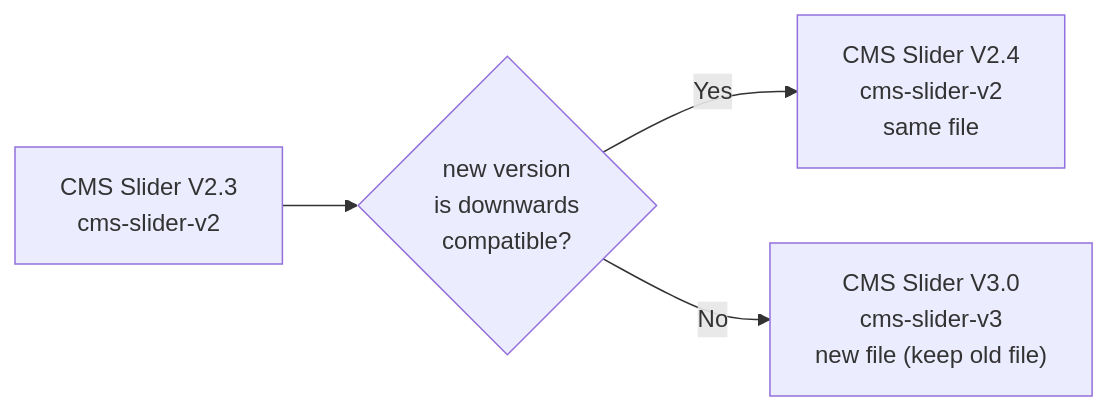
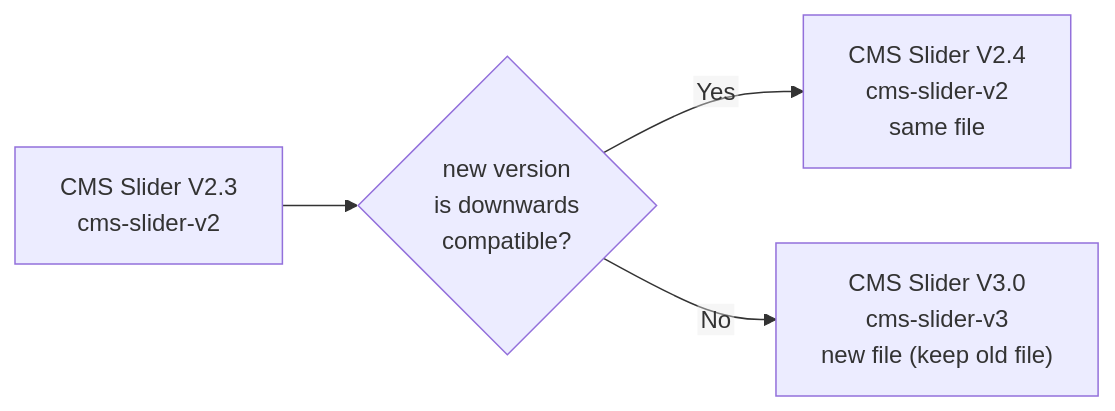
One commit to WeAreMomentum/library changed the diagram in README.md. Above: the diagram before and after it, drawn with Mermaid.

Commit message:
flowchart in readme

````diff
--- a/README.md
+++ b/README.md
@@ -23,18 +23,19 @@
 ```mermaid
+%%{init: {"flowchart": {"htmlLabels": false}} }%%
 flowchart LR
     v23["`CMS Slider V2.3
     cms-slider-v2`"]
     cond{"`new version
     is downwards
     compatible?`"}
     v24["`CMS Slider V2.4
     cms-slider-v2
     same file`"]
     v30["`CMS Slider V3.0
     cms-slider-v3
     new file (keep old file)`"]
 
     v23 --> cond
     cond -->|Yes| v24
     cond -->|No| v30
 ```
````
